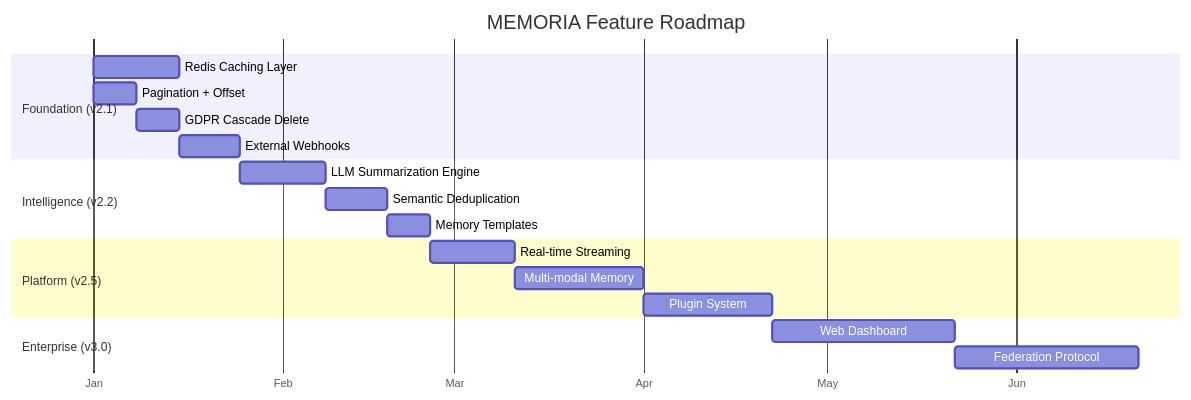
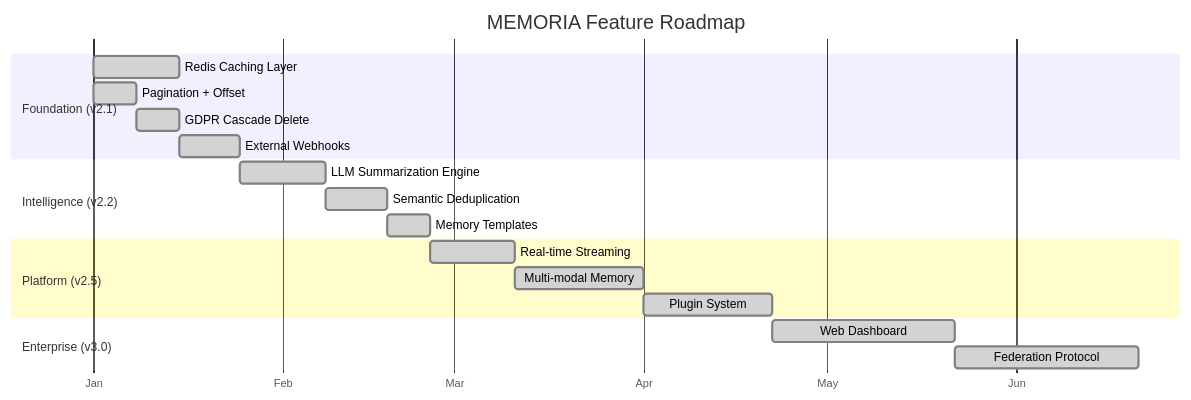
The first of 8 diagrams in docs/ROADMAP.md (naicud/memor-ia), drawn with Mermaid before and after one commit. The commit also changed other lines of this file and 7 other files, not shown here.

````diff
--- a/docs/ROADMAP.md
+++ b/docs/ROADMAP.md
@@ -11,26 +14,26 @@
 ```mermaid
 gantt
     title MEMORIA Feature Roadmap
     dateFormat YYYY-MM-DD
     axisFormat %b
 
     section Foundation (v2.1)
-    Redis Caching Layer           :f1, 2025-01-01, 14d
-    Pagination + Offset           :f2, 2025-01-01, 7d
-    GDPR Cascade Delete           :f3, after f2, 7d
-    External Webhooks             :f4, after f1, 10d
+    Redis Caching Layer           :done, f1, 2025-01-01, 14d
+    Pagination + Offset           :done, f2, 2025-01-01, 7d
+    GDPR Cascade Delete           :done, f3, after f2, 7d
+    External Webhooks             :done, f4, after f1, 10d
 
     section Intelligence (v2.2)
-    LLM Summarization Engine      :f5, after f4, 14d
-    Semantic Deduplication        :f6, after f5, 10d
-    Memory Templates              :f7, after f6, 7d
+    LLM Summarization Engine      :done, f5, after f4, 14d
+    Semantic Deduplication        :done, f6, after f5, 10d
+    Memory Templates              :done, f7, after f6, 7d
 
     section Platform (v2.5)
-    Real-time Streaming           :f8, after f7, 14d
-    Multi-modal Memory            :f9, after f8, 21d
-    Plugin System                 :f10, after f9, 21d
+    Real-time Streaming           :done, f8, after f7, 14d
+    Multi-modal Memory            :done, f9, after f8, 21d
+    Plugin System                 :done, f10, after f9, 21d
 
     section Enterprise (v3.0)
-    Web Dashboard                 :f11, after f10, 30d
-    Federation Protocol           :f12, after f11, 30d
+    Web Dashboard                 :done, f11, after f10, 30d
+    Federation Protocol           :done, f12, after f11, 30d
 ```
````
